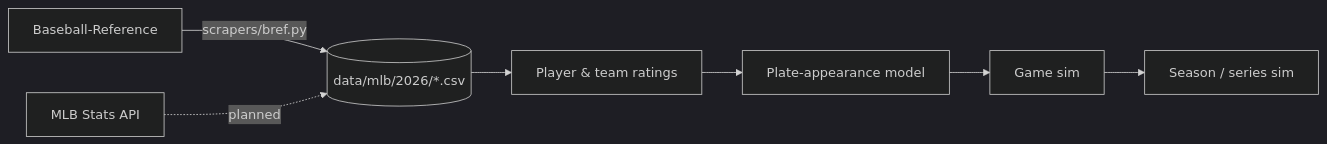
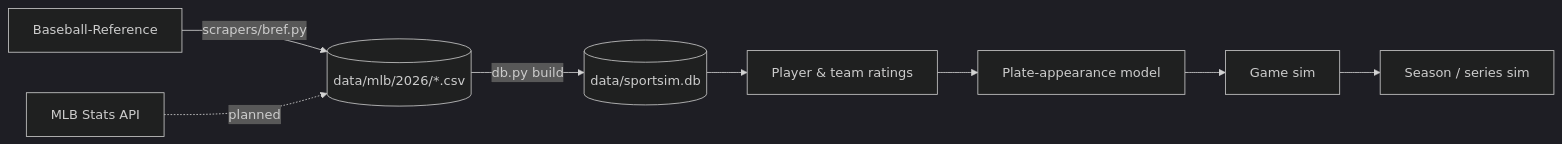
One commit to mhutch14/sports-sim changed the diagram in README.md. Above: the diagram before and after it, drawn with Mermaid (dark theme). The commit also changed other lines of this file and 7 other files, not shown here.

````diff
--- a/README.md
+++ b/README.md
@@ -19,9 +20,10 @@
 ```mermaid
 flowchart LR
     A[Baseball-Reference] -->|scrapers/bref.py| B[(data/mlb/2026/*.csv)]
     C[MLB Stats API] -.->|planned| B
-    B --> D[Player & team ratings]
+    B -->|db.py build| DB[(data/sportsim.db)]
+    DB --> D[Player & team ratings]
     D --> E[Plate-appearance model]
     E --> F[Game sim]
     F --> G[Season / series sim]
 ```
````
